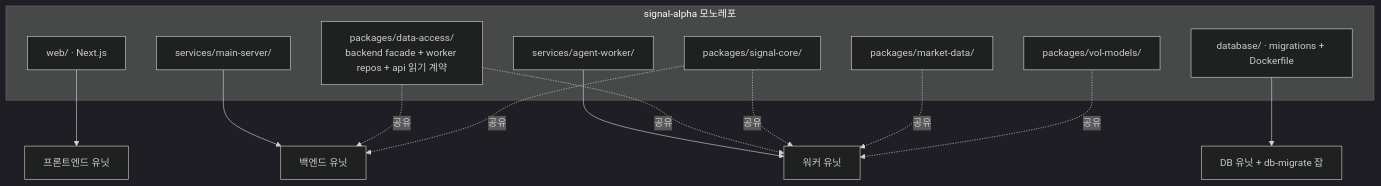
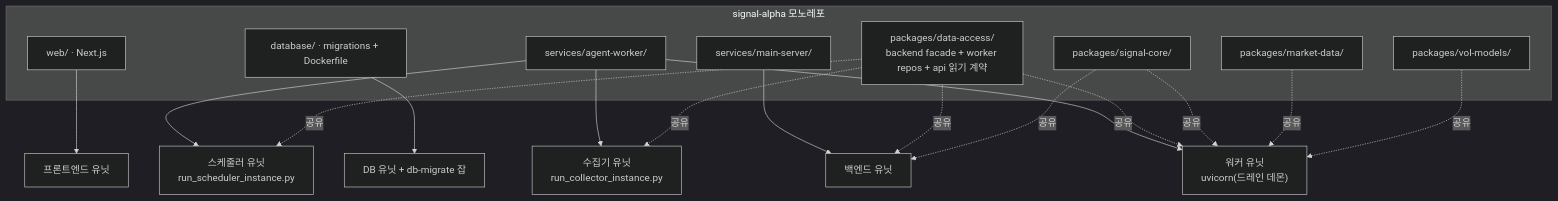
Before and after one commit to AIX14-3/signal-alpha: the second of 3 diagrams in docs/architecture-diagram.md, drawn with Mermaid (dark theme). The commit also changed other lines of this file and 16 other files, not shown here.

````diff
--- a/docs/architecture-diagram.md
+++ b/docs/architecture-diagram.md
@@ -87,29 +105,35 @@
 ```mermaid
 flowchart TB
     subgraph repo["signal-alpha 모노레포"]
         webdir["web/ · Next.js"]
         msdir["services/main-server/"]
         awdir["services/agent-worker/"]
         dbdir["database/ · migrations + Dockerfile"]
         dadir["packages/data-access/<br/>backend facade + worker repos + api 읽기 계약"]
         scdir["packages/signal-core/"]
         mddir["packages/market-data/"]
         vmdir["packages/vol-models/"]
     end
 
     FEU["프론트엔드 유닛"]
     BEU["백엔드 유닛"]
-    WKU["워커 유닛"]
+    WKU["워커 유닛<br/>uvicorn(드레인 데몬)"]
+    COLU["수집기 유닛<br/>run_collector_instance.py"]
+    SCHU["스케줄러 유닛<br/>run_scheduler_instance.py"]
     DBU2["DB 유닛 + db-migrate 잡"]
 
     webdir --> FEU
     msdir --> BEU
     awdir --> WKU
+    awdir --> COLU
+    awdir --> SCHU
     dbdir --> DBU2
     dadir -. 공유 .-> BEU
     dadir -. 공유 .-> WKU
+    dadir -. 공유 .-> COLU
+    dadir -. 공유 .-> SCHU
     scdir -. 공유 .-> BEU
     scdir -. 공유 .-> WKU
     mddir -. 공유 .-> WKU
     vmdir -. 공유 .-> WKU
 ```
````
